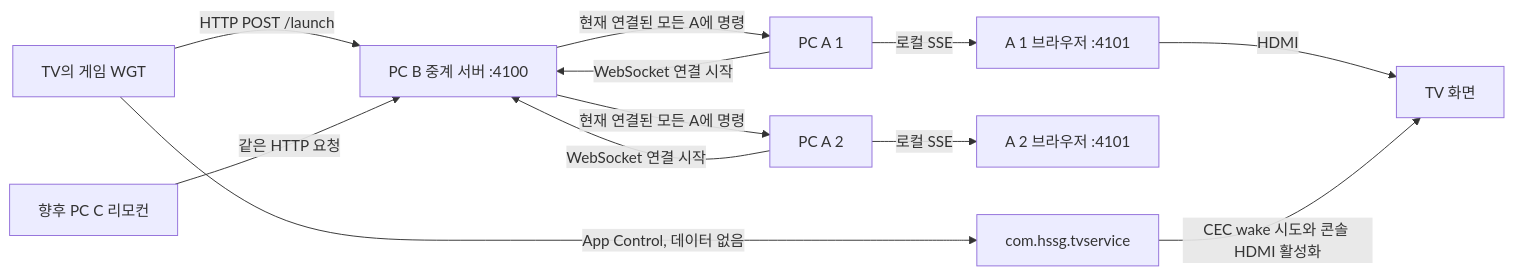
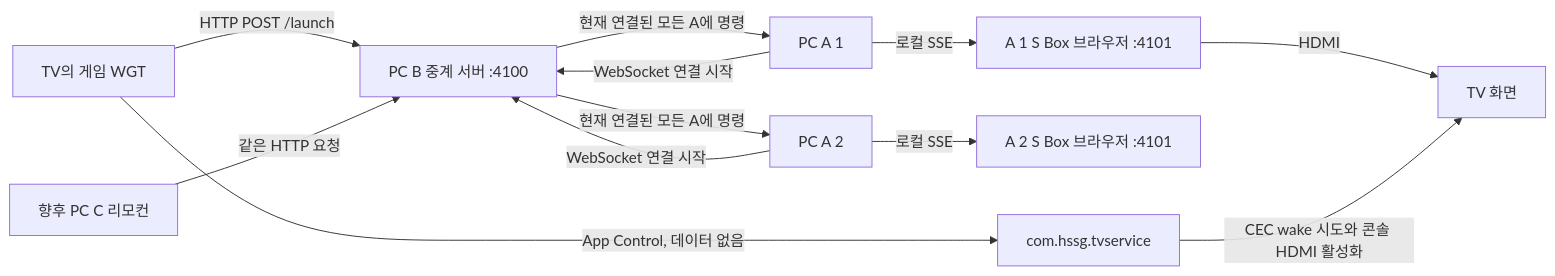
The first of 2 diagrams in docs/flow.md (Readiz/s2s-launch-test), drawn with Mermaid before and after one commit. The commit also changed other lines of this file and 15 other files, not shown here.

````diff
--- a/docs/flow.md
+++ b/docs/flow.md
@@ -5,14 +5,14 @@
 ```mermaid
 flowchart LR
     WGT[TV의 게임 WGT] -->|HTTP POST /launch| B[PC B 중계 서버 :4100]
     C[향후 PC C 리모컨] -->|같은 HTTP 요청| B
     A1[PC A 1] -->|WebSocket 연결 시작| B
     A2[PC A 2] -->|WebSocket 연결 시작| B
     B -->|현재 연결된 모든 A에 명령| A1
     B -->|현재 연결된 모든 A에 명령| A2
-    A1 -->|로컬 SSE| UI1[A 1 브라우저 :4101]
-    A2 -->|로컬 SSE| UI2[A 2 브라우저 :4101]
+    A1 -->|로컬 SSE| UI1[A 1 S Box 브라우저 :4101]
+    A2 -->|로컬 SSE| UI2[A 2 S Box 브라우저 :4101]
     UI1 -->|HDMI| TV[TV 화면]
     WGT -->|App Control, 데이터 없음| S[com.hssg.tvservice]
     S -->|CEC wake 시도와 콘솔 HDMI 활성화| TV
 ```
````
